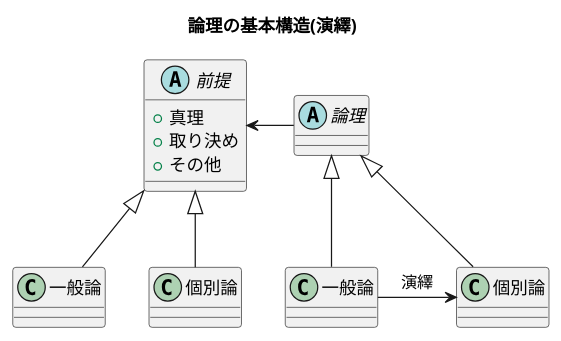
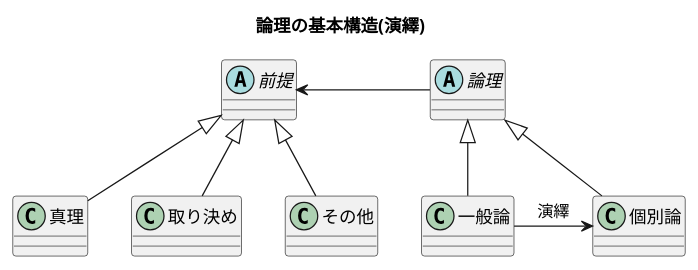
The eighth of 30 diagrams in docs/slides/WIP.md (k2works/pragmatic-presentation-exercise-2024), drawn with PlantUML before and after one commit. The commit also changed other lines of this file and 1 other file, not shown here.

````diff
--- a/docs/slides/WIP.md
+++ b/docs/slides/WIP.md
@@ -354,31 +306,31 @@
 ```plantuml
 @startuml
 
 title 論理の基本構造(演繹)
 
 abstract "論理" as A 
 
 class "一般論" as B
 
 class "個別論" as C
 
 abstract "前提" as D {
-  + 真理
-  + 取り決め
-  + その他
 }
 
-class "一般論" as E
+class "真理" as E
 
-class "個別論" as F
+class "取り決め" as F
+
+class "その他" as G
 
 
 D <- A
 D <|-- E
 D <|-- F
+D <|-- G
 A <|-- B
 A <|-- C
 B -> C : 演繹
 
 @enduml
 ```
````
